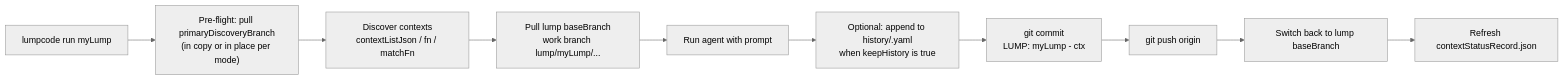
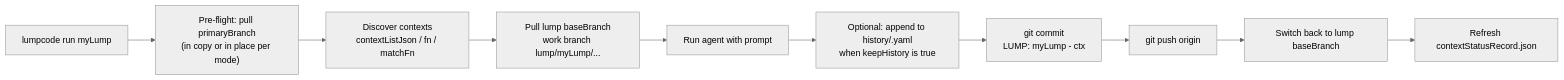
Before and after one commit to lumpcode/lumpcode: the first of 2 diagrams in packages/apps/cli/DOCS/concepts.md, drawn with Mermaid (neutral theme). The commit also changed other lines of this file and 64 other files, not shown here.

Commit message:
renaming discovery to primary

````diff
--- a/packages/apps/cli/DOCS/concepts.md
+++ b/packages/apps/cli/DOCS/concepts.md
@@ -65,14 +65,14 @@
 ```mermaid
 flowchart LR
   start["lumpcode run myLump"]
-  preflight["Pre-flight: pull primaryDiscoveryBranch<br/>(in copy or in place per mode)"]
+  preflight["Pre-flight: pull primaryBranch<br/>(in copy or in place per mode)"]
   discover["Discover contexts<br/>contextListJson / fn / matchFn"]
   checkout["Pull lump baseBranch<br/>work branch lump/myLump/..."]
   agent["Run agent with prompt"]
   history["Optional: append to history/<context>.yaml<br/>when keepHistory is true"]
   commit["git commit<br/>LUMP: myLump - ctx"]
   push["git push origin"]
   refresh["Refresh contextStatusRecord.json"]
   back["Switch back to lump baseBranch"]
   start --> preflight --> discover --> checkout --> agent --> history --> commit --> push --> back --> refresh
 ```
````
